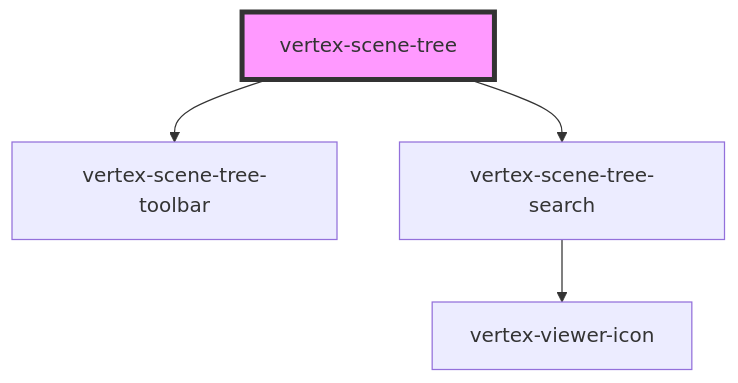
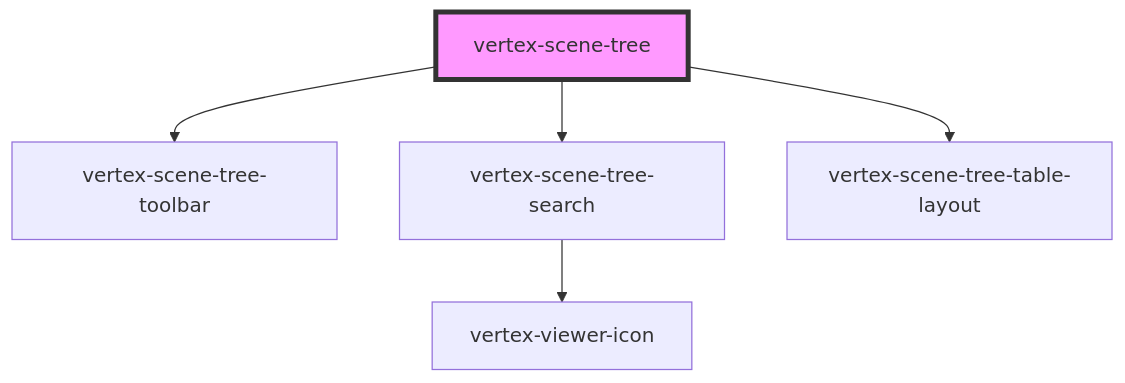
The diagram in packages/viewer/src/components/scene-tree/readme.md (Vertexvis/vertex-web-sdk), drawn with Mermaid before and after one commit. The commit also changed other lines of this file and 30 other files, not shown here.

First line of the commit message:
[PLAT-26] Scene tree table support (#275)

````diff
--- a/packages/viewer/src/components/scene-tree/readme.md
+++ b/packages/viewer/src/components/scene-tree/readme.md
@@ -488,7 +489,8 @@
 ```mermaid
 graph TD;
   vertex-scene-tree --> vertex-scene-tree-toolbar
   vertex-scene-tree --> vertex-scene-tree-search
+  vertex-scene-tree --> vertex-scene-tree-table-layout
   vertex-scene-tree-search --> vertex-viewer-icon
   style vertex-scene-tree fill:#f9f,stroke:#333,stroke-width:4px
 ```
````
